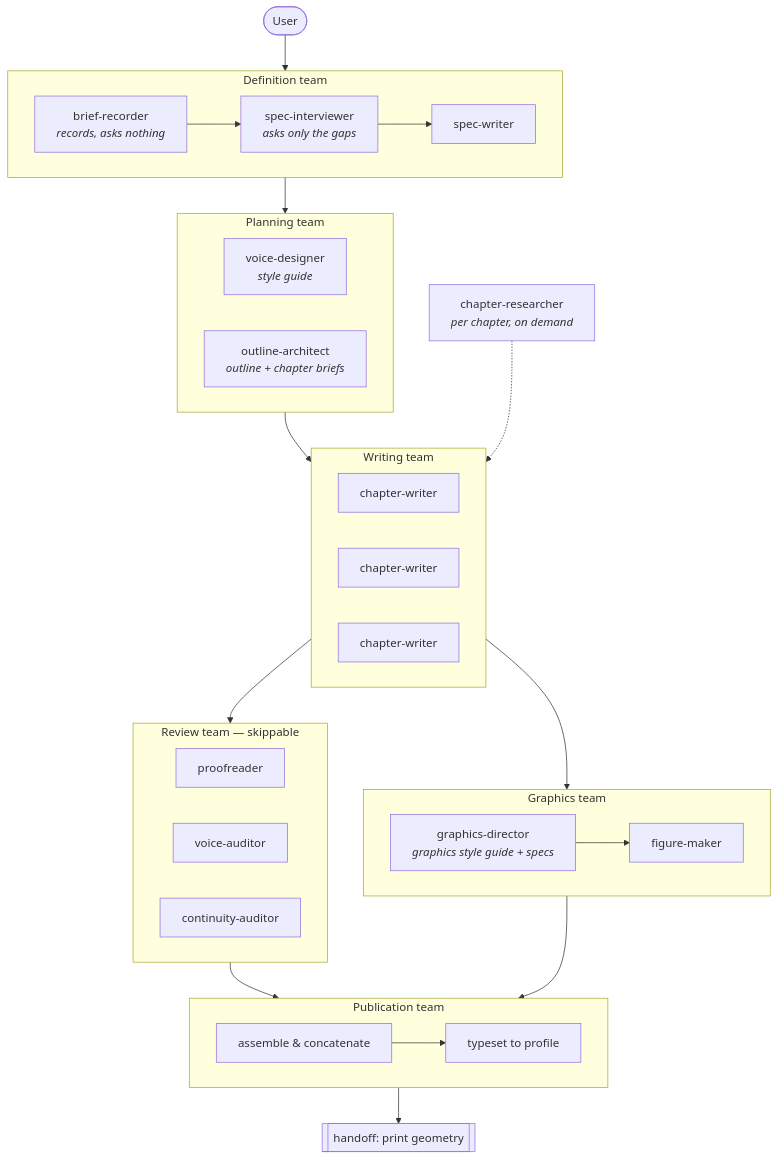
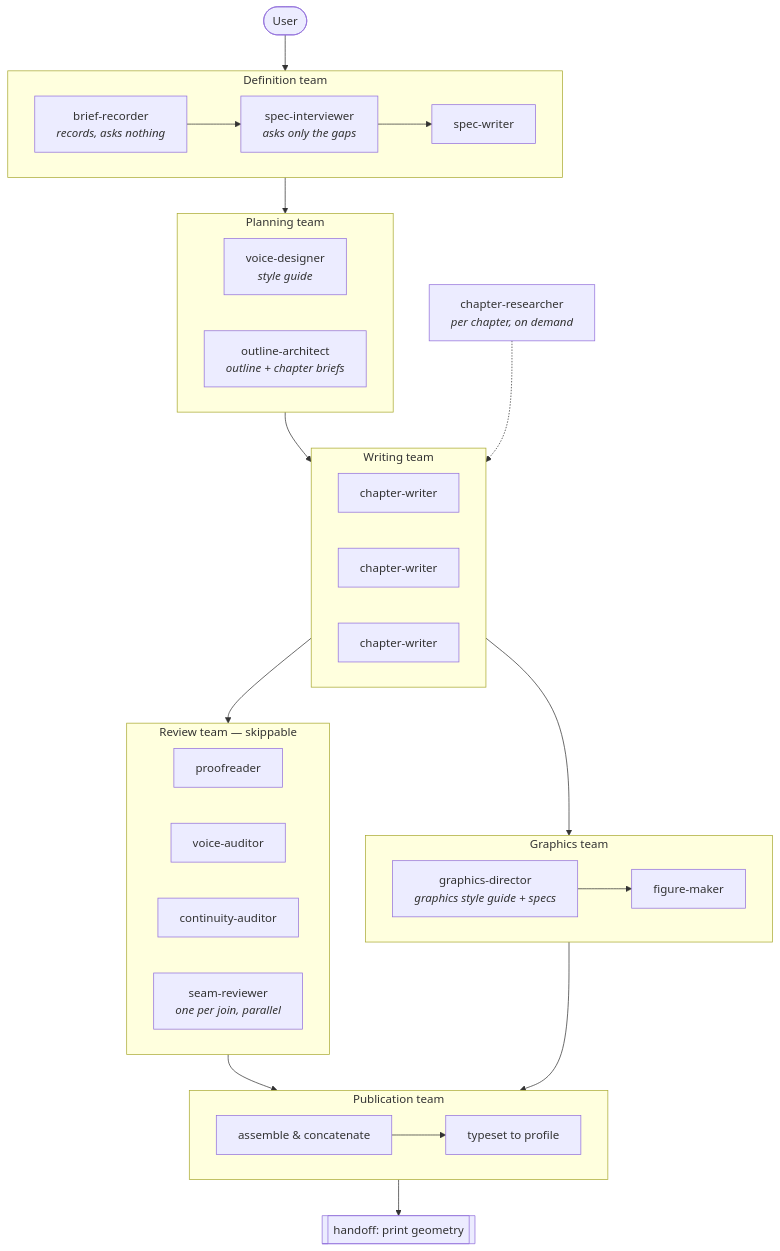
The diagram in SPEC.md (danielrosehill/Agentic-Long-Form-Content), drawn with Mermaid before and after one commit. The commit also changed other lines of this file and 6 other files, not shown here.

````diff
--- a/SPEC.md
+++ b/SPEC.md
@@ -122,53 +145,54 @@
 ```mermaid
 flowchart TD
     U([User]) --> D
 
     subgraph D[Definition team]
         BR[brief-recorder<br/><i>records, asks nothing</i>]
         IV[spec-interviewer<br/><i>asks only the gaps</i>]
         SW[spec-writer]
         BR --> IV --> SW
     end
 
     D --> P
 
     subgraph P[Planning team]
         VD[voice-designer<br/><i>style guide</i>]
         OA[outline-architect<br/><i>outline + chapter briefs</i>]
     end
 
     P --> W
     R[chapter-researcher<br/><i>per chapter, on demand</i>] -.-> W
 
     subgraph W[Writing team]
         CW1[chapter-writer]
         CW2[chapter-writer]
         CW3[chapter-writer]
     end
 
     W --> RV
 
     subgraph RV[Review team &mdash; skippable]
         PR[proofreader]
         VA[voice-auditor]
         CA[continuity-auditor]
+        SR[seam-reviewer<br/><i>one per join, parallel</i>]
     end
 
     W --> G
     subgraph G[Graphics team]
         GD[graphics-director<br/><i>graphics style guide + specs</i>]
         FM[figure-maker]
         GD --> FM
     end
 
     RV --> PB
     G --> PB
 
     subgraph PB[Publication team]
         AS[assemble &amp; concatenate]
         TS[typeset to profile]
         AS --> TS
     end
 
     PB --> H[[handoff: print geometry]]
 ```
````
